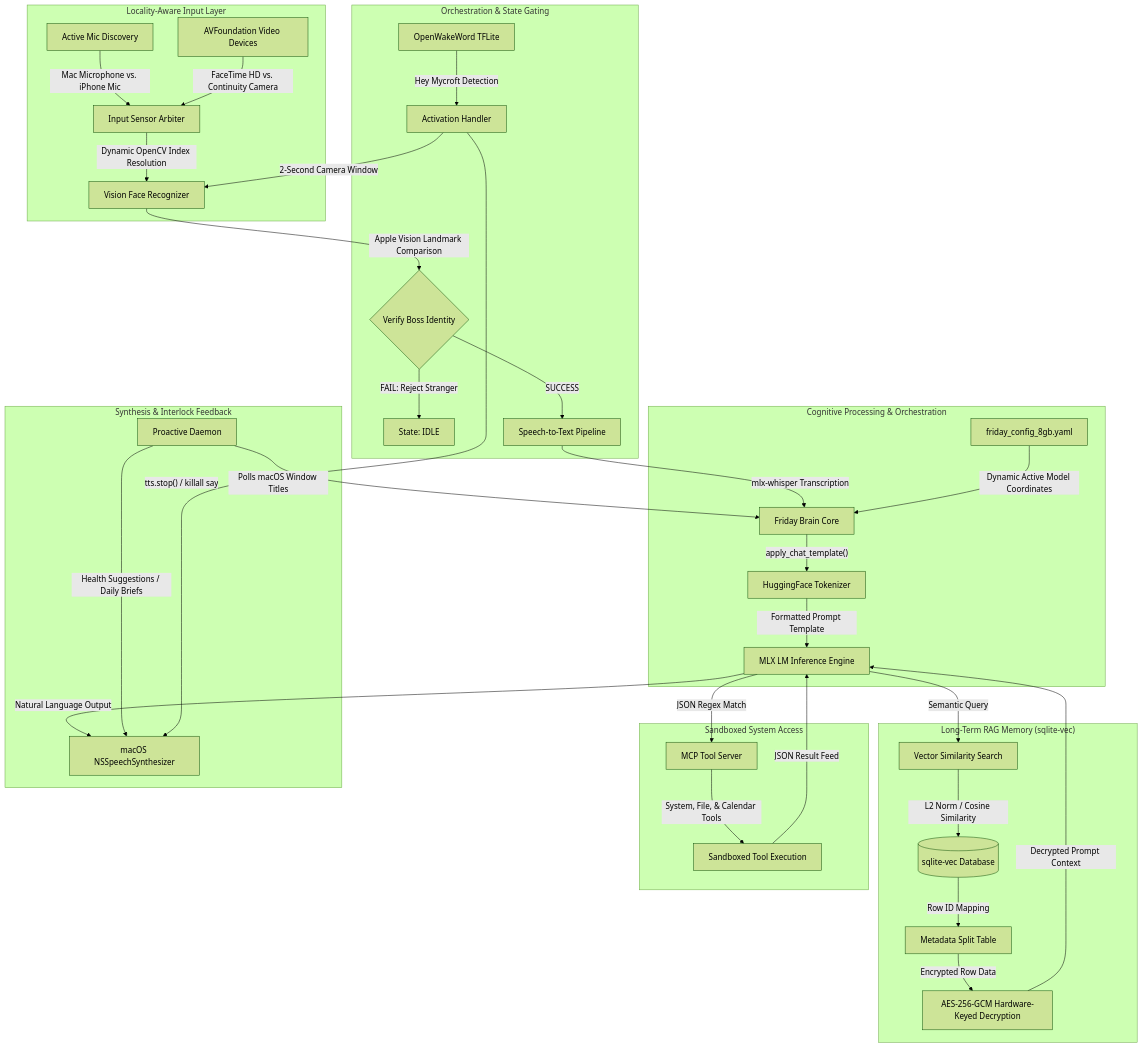
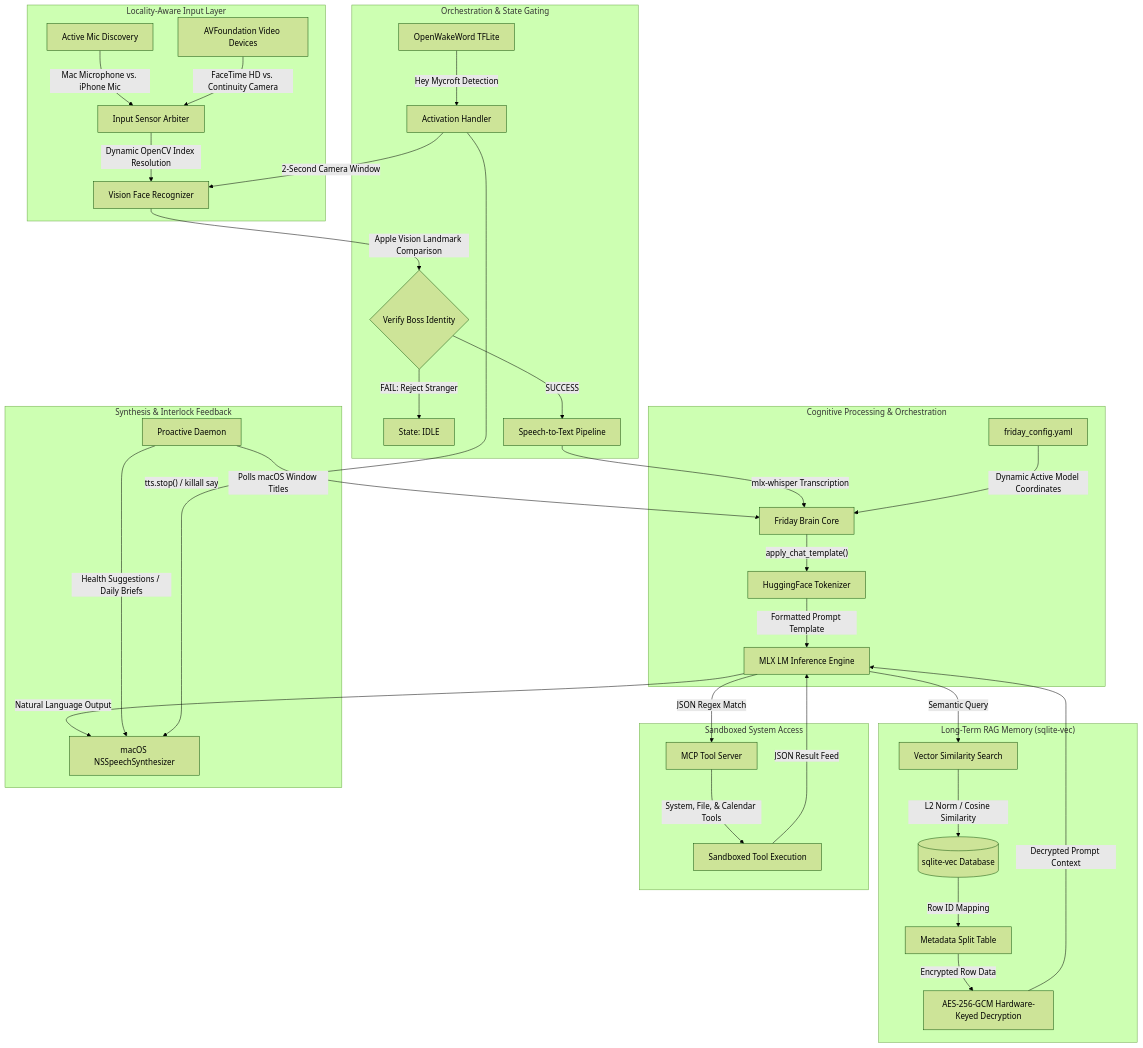
Before and after one commit to Khatuaryan/Friday: the diagram in docs/research-paper/Phase Set 3.1 Summary.md, drawn with Mermaid (forest theme). The commit also changed other lines of this file and 7 other files, not shown here.

````diff
--- a/docs/research-paper/Phase Set 3.1 Summary.md
+++ b/docs/research-paper/Phase Set 3.1 Summary.md
@@ -15,50 +15,50 @@
 ```mermaid
 flowchart TB
     %% Physical Input Layer
     subgraph Input_Layer ["Locality-Aware Input Layer"]
         AUD_IN[Active Mic Discovery] -- "Mac Microphone vs. iPhone Mic" --> ARB[Input Sensor Arbiter]
         VID_IN[AVFoundation Video Devices] -- "FaceTime HD vs. Continuity Camera" --> ARB
         ARB -- "Dynamic OpenCV Index Resolution" --> VISION[Vision Face Recognizer]
     end
 
     %% State Orchestration & Activation Gating
     subgraph Activation_Gating ["Orchestration & State Gating"]
         WW[OpenWakeWord TFLite] -- "Hey Mycroft Detection" --> AH[Activation Handler]
         AH -- "2-Second Camera Window" --> VISION
         VISION -- "Apple Vision Landmark Comparison" --> VERIFY{Verify Boss Identity}
         VERIFY -- "FAIL: Reject Stranger" --> IDLE[State: IDLE]
         VERIFY -- "SUCCESS" --> VOICE_LOOP[Speech-to-Text Pipeline]
     end
 
     %% Cognition and Reasoning Core
     subgraph Brain_Core ["Cognitive Processing & Orchestration"]
         VOICE_LOOP -- "mlx-whisper Transcription" --> BRAIN[Friday Brain Core]
-        YAML[friday_config_8gb.yaml] -- "Dynamic Active Model Coordinates" --> BRAIN
+        YAML[friday_config.yaml] -- "Dynamic Active Model Coordinates" --> BRAIN
         BRAIN -- "apply_chat_template()" --> TOK[HuggingFace Tokenizer]
         TOK -- "Formatted Prompt Template" --> INFERENCE[MLX LM Inference Engine]
     end
 
     %% Memory and Vector Database
     subgraph Memory_RAG ["Long-Term RAG Memory (sqlite-vec)"]
         INFERENCE -- "Semantic Query" --> RAG_SEARCH[Vector Similarity Search]
         RAG_SEARCH -- "L2 Norm / Cosine Similarity" --> sqlite_vec[(sqlite-vec Database)]
         sqlite_vec -- "Row ID Mapping" --> METADATA[Metadata Split Table]
         METADATA -- "Encrypted Row Data" --> AES[AES-256-GCM Hardware-Keyed Decryption]
         AES -- "Decrypted Prompt Context" --> INFERENCE
     end
 
     %% System Tools (MCP)
     subgraph Tool_Calling ["Sandboxed System Access"]
         INFERENCE -- "<tool_call> JSON Regex Match" --> MCP_SERVER[MCP Tool Server]
         MCP_SERVER -- "System, File, & Calendar Tools" --> EXEC[Sandboxed Tool Execution]
         EXEC -- "JSON Result Feed" --> INFERENCE
     end
 
     %% Feedback and Preemption
     subgraph Feedback_Output ["Synthesis & Interlock Feedback"]
         INFERENCE -- "Natural Language Output" --> TTS[macOS NSSpeechSynthesizer]
         PROACTIVE[Proactive Daemon] -- "Polls macOS Window Titles" --> BRAIN
         PROACTIVE -- "Health Suggestions / Daily Briefs" --> TTS
         AH -- "tts.stop() / killall say" --> TTS
     end
 ```
````
